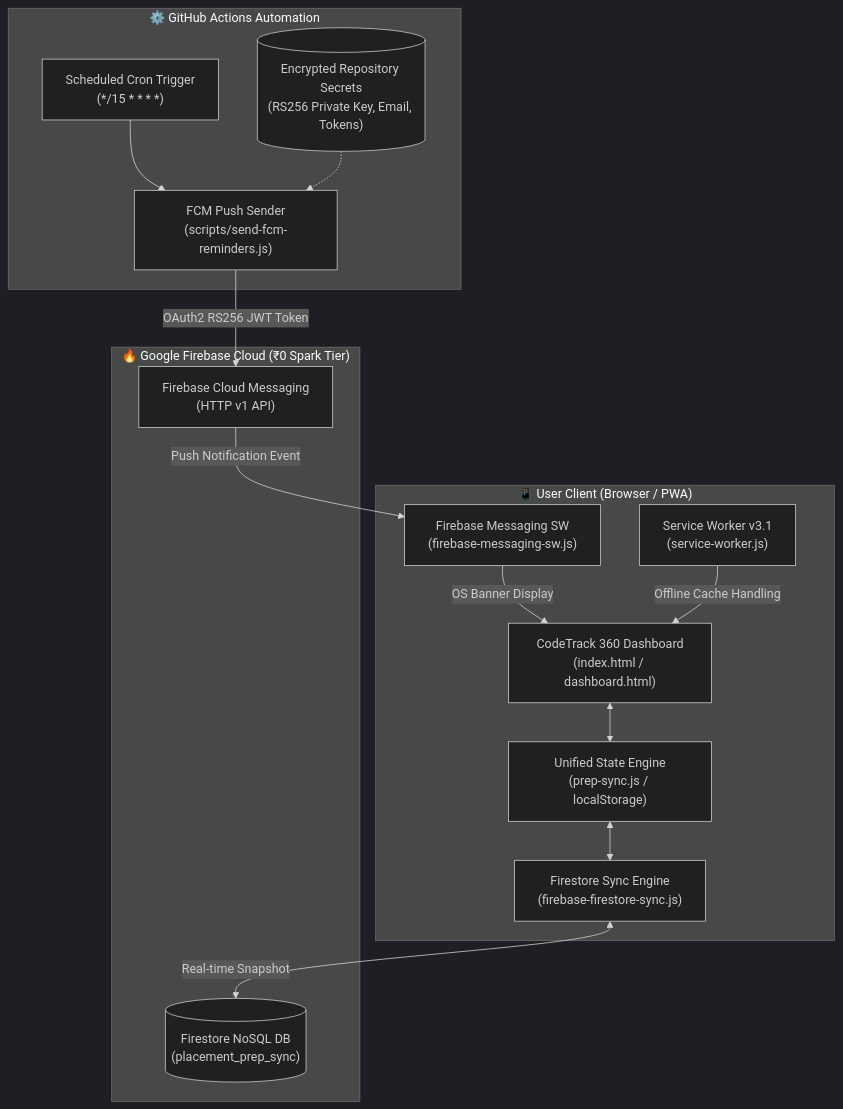
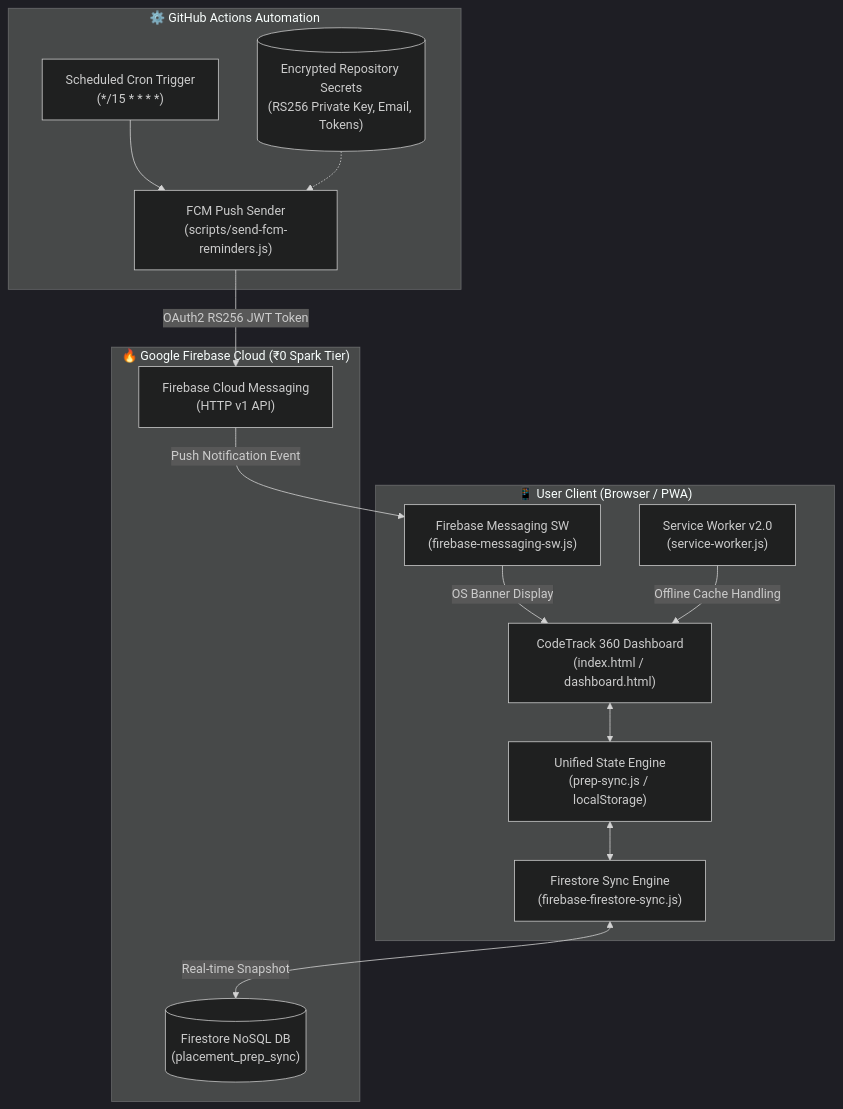
One commit to amanjeet233/Placement-PLANNER changed the diagram in README.md. Above: the diagram before and after it, drawn with Mermaid (dark theme). The commit also changed other lines of this file and 4 other files, not shown here.

Commit message:
Fix sleep history tracking, link brand & navbar to 90-day roadmap planner, and enhance reminder saving resilience

````diff
--- a/README.md
+++ b/README.md
@@ -136,32 +141,32 @@
 ```mermaid
 flowchart TD
     subgraph Client["📱 User Client (Browser / PWA)"]
         UI["CodeTrack 360 Dashboard\n(index.html / dashboard.html)"]
         State["Unified State Engine\n(prep-sync.js / localStorage)"]
-        SW["Service Worker v3.1\n(service-worker.js)"]
+        SW["Service Worker v2.0\n(service-worker.js)"]
         FCM_SW["Firebase Messaging SW\n(firebase-messaging-sw.js)"]
         CloudClient["Firestore Sync Engine\n(firebase-firestore-sync.js)"]
     end
 
     subgraph Firebase["🔥 Google Firebase Cloud (₹0 Spark Tier)"]
         Firestore[("Firestore NoSQL DB\n(placement_prep_sync)")]
         FCM["Firebase Cloud Messaging\n(HTTP v1 API)"]
     end
 
     subgraph GitHub["⚙️ GitHub Actions Automation"]
         Cron["Scheduled Cron Trigger\n(*/15 * * * *)"]
         Sender["FCM Push Sender\n(scripts/send-fcm-reminders.js)"]
         Secrets[("Encrypted Repository Secrets\n(RS256 Private Key, Email, Tokens)")]
     end
 
     UI <--> State
     State <--> CloudClient
     CloudClient <-->|Real-time Snapshot| Firestore
 
     Cron --> Sender
     Secrets -.-> Sender
     Sender -->|OAuth2 RS256 JWT Token| FCM
     FCM -->|Push Notification Event| FCM_SW
     FCM_SW -->|OS Banner Display| UI
     SW -->|Offline Cache Handling| UI
 ```
````
